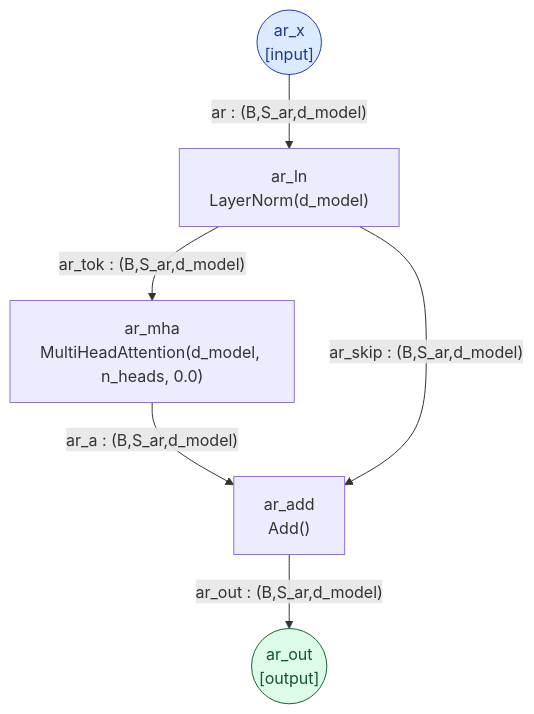
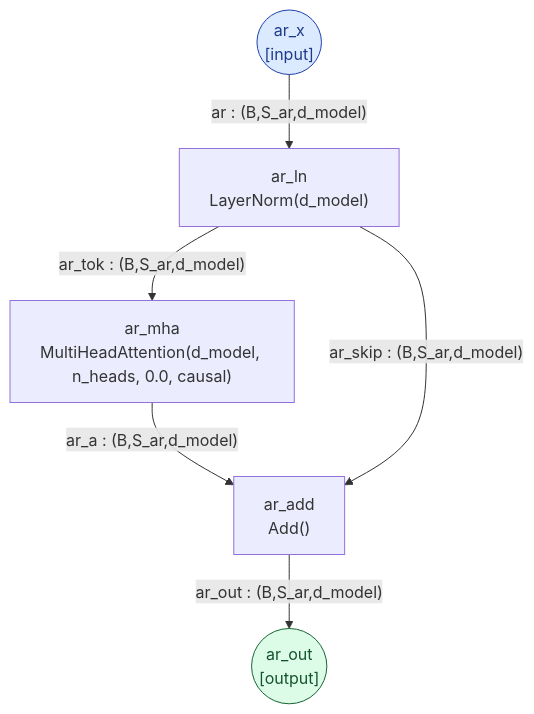
Before and after one commit to jascal/n-orca: the diagram in examples/cosmos-mot-reasoner.mmd, drawn with Mermaid. The commit also changed 21 other files, not shown here.

First line of the commit message:
feat(mot): real joint attention and causal masks in MoT builders

```diff
--- a/examples/cosmos-mot-reasoner.mmd
+++ b/examples/cosmos-mot-reasoner.mmd
@@ -1,16 +1,16 @@
 %% architecture MoTReasonerOnly
 flowchart TD
     ar_x(("ar_x<br/>[input]"))
     ar_ln["ar_ln<br/>LayerNorm(d_model)"]
-    ar_mha["ar_mha<br/>MultiHeadAttention(d_model, n_heads, 0.0)"]
+    ar_mha["ar_mha<br/>MultiHeadAttention(d_model, n_heads, 0.0, causal)"]
     ar_add["ar_add<br/>Add()"]
     ar_out(("ar_out<br/>[output]"))
     ar_x -- "ar : (B,S_ar,d_model)" --> ar_ln
     ar_ln -- "ar_tok : (B,S_ar,d_model)" --> ar_mha
     ar_mha -- "ar_a : (B,S_ar,d_model)" --> ar_add
     ar_ln -- "ar_skip : (B,S_ar,d_model)" --> ar_add
     ar_add -- "ar_out : (B,S_ar,d_model)" --> ar_out
     classDef input fill:#dbeafe,stroke:#1e40af,color:#1e3a8a;
     class ar_x input;
     classDef output fill:#dcfce7,stroke:#166534,color:#14532d;
     class ar_out output;
```
